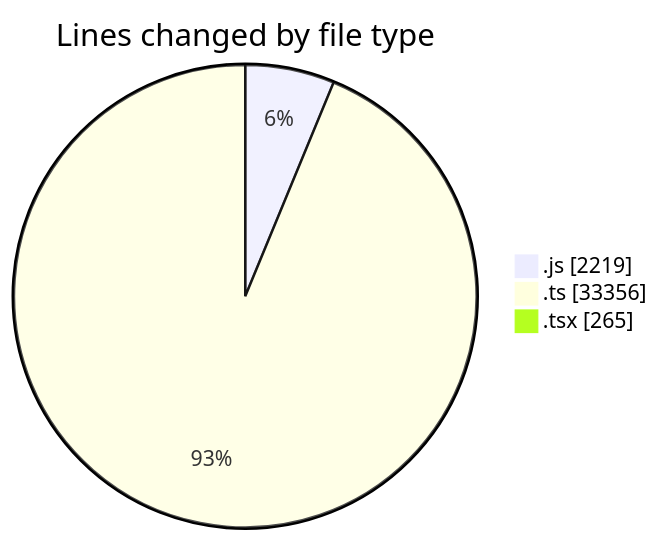
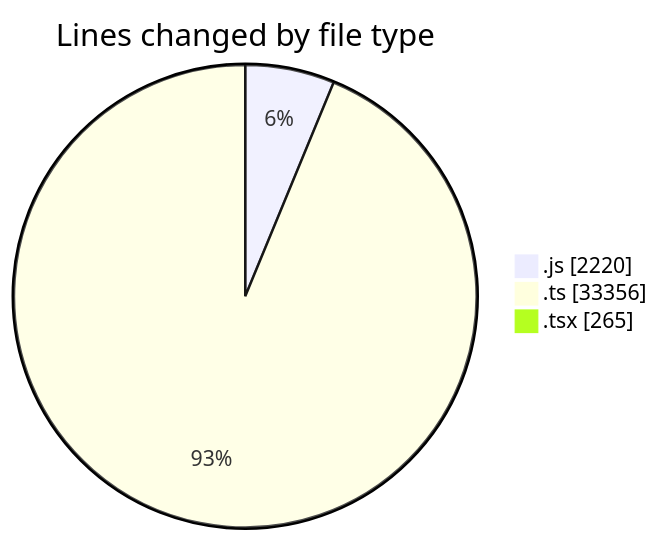
One commit to momahboobian/code-tracking changed the first of 2 diagrams in 2026-02-09/cda/README.md. Above: the diagram before and after it, drawn with Mermaid. The commit also changed other lines of this file and 1 other file, not shown here.

````diff
--- a/2026-02-09/cda/README.md
+++ b/2026-02-09/cda/README.md
@@ -37,7 +37,7 @@
 ```mermaid
 pie showData
 title Lines changed by file type
-".js" : 2219
+".js" : 2220
 ".ts" : 33356
 ".tsx" : 265
 ```
````
